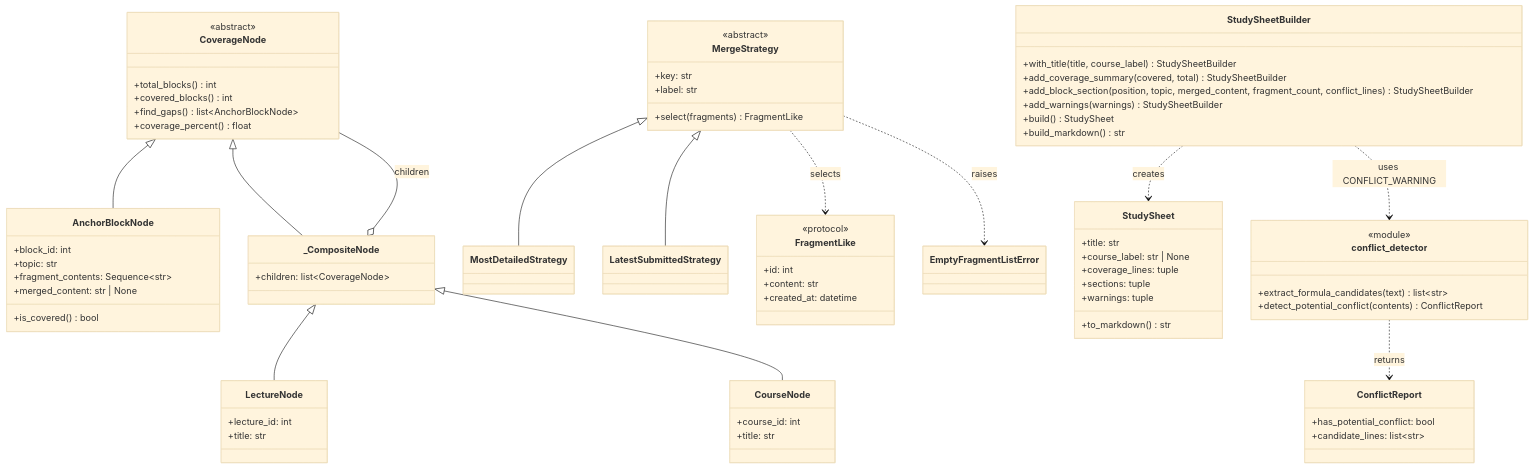
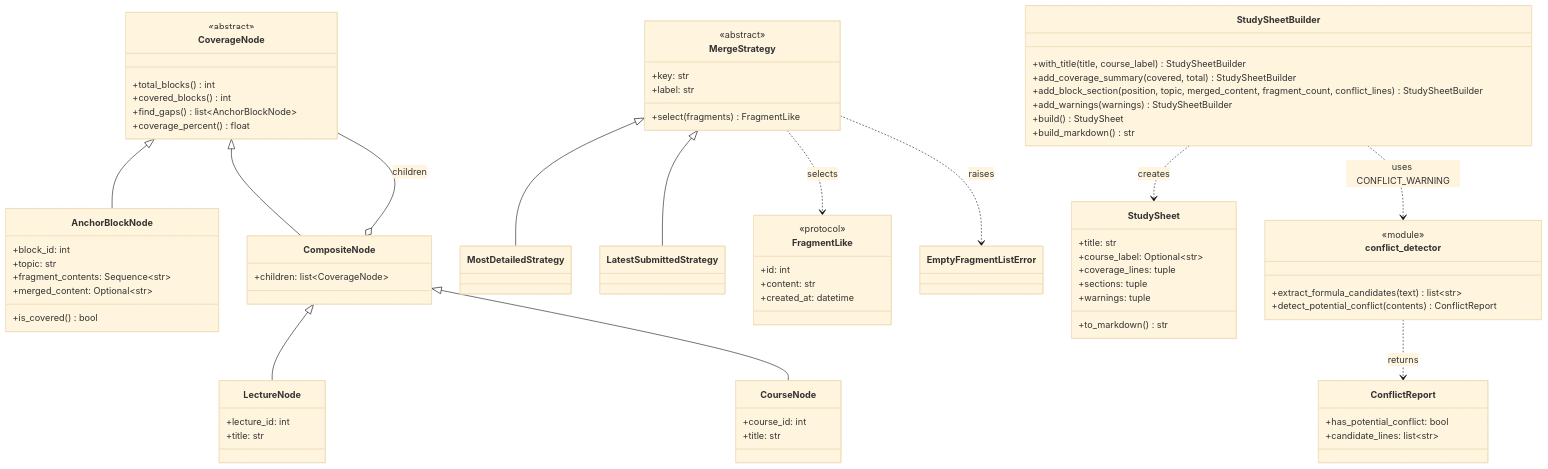
The diagram in docs/uml/class_diagram.mmd (rahulratul/LecMerge), drawn with Mermaid (base theme) before and after one commit. The commit also changed 1 other file, not shown here.

Commit message:
refactor(domain): make composite base class public to match UML

```diff
--- a/docs/uml/class_diagram.mmd
+++ b/docs/uml/class_diagram.mmd
@@ -1,87 +1,87 @@
 classDiagram
     direction TB
 
     %% ---------- Composite (structural) ----------
     class CoverageNode {
         <<abstract>>
         +total_blocks() int
         +covered_blocks() int
         +find_gaps() list~AnchorBlockNode~
         +coverage_percent() float
     }
     class AnchorBlockNode {
         +block_id: int
         +topic: str
         +fragment_contents: Sequence~str~
-        +merged_content: str | None
+        +merged_content: Optional~str~
         +is_covered() bool
     }
-    class _CompositeNode {
+    class CompositeNode {
         +children: list~CoverageNode~
     }
     class LectureNode {
         +lecture_id: int
         +title: str
     }
     class CourseNode {
         +course_id: int
         +title: str
     }
     CoverageNode <|-- AnchorBlockNode
-    CoverageNode <|-- _CompositeNode
-    _CompositeNode <|-- LectureNode
-    _CompositeNode <|-- CourseNode
-    _CompositeNode o-- CoverageNode : children
+    CoverageNode <|-- CompositeNode
+    CompositeNode <|-- LectureNode
+    CompositeNode <|-- CourseNode
+    CompositeNode o-- CoverageNode : children
 
     %% ---------- Strategy (behavioral) ----------
     class MergeStrategy {
         <<abstract>>
         +key: str
         +label: str
         +select(fragments) FragmentLike
     }
     class MostDetailedStrategy
     class LatestSubmittedStrategy
     class FragmentLike {
         <<protocol>>
         +id: int
         +content: str
         +created_at: datetime
     }
     class EmptyFragmentListError
     MergeStrategy <|-- MostDetailedStrategy
     MergeStrategy <|-- LatestSubmittedStrategy
     MergeStrategy ..> FragmentLike : selects
     MergeStrategy ..> EmptyFragmentListError : raises
 
     %% ---------- Builder (creational) ----------
     class StudySheetBuilder {
         +with_title(title, course_label) StudySheetBuilder
         +add_coverage_summary(covered, total) StudySheetBuilder
         +add_block_section(position, topic, merged_content, fragment_count, conflict_lines) StudySheetBuilder
         +add_warnings(warnings) StudySheetBuilder
         +build() StudySheet
         +build_markdown() str
     }
     class StudySheet {
         +title: str
-        +course_label: str | None
+        +course_label: Optional~str~
         +coverage_lines: tuple
         +sections: tuple
         +warnings: tuple
         +to_markdown() str
     }
     StudySheetBuilder ..> StudySheet : creates
 
     %% ---------- Conflict heuristic ----------
     class ConflictReport {
         +has_potential_conflict: bool
         +candidate_lines: list~str~
     }
     class conflict_detector {
         <<module>>
         +extract_formula_candidates(text) list~str~
         +detect_potential_conflict(contents) ConflictReport
     }
     conflict_detector ..> ConflictReport : returns
     StudySheetBuilder ..> conflict_detector : uses CONFLICT_WARNING
```
